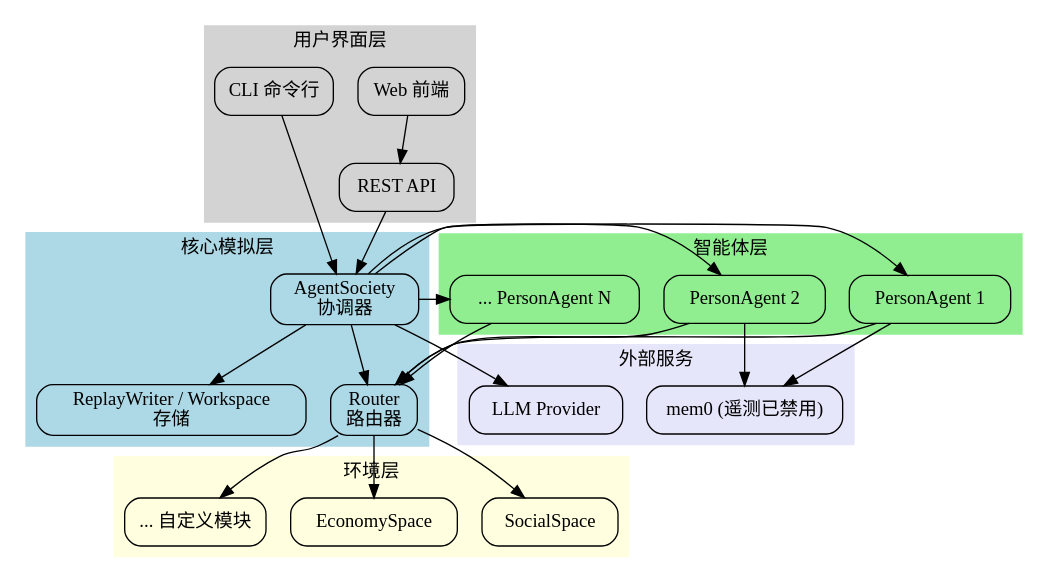
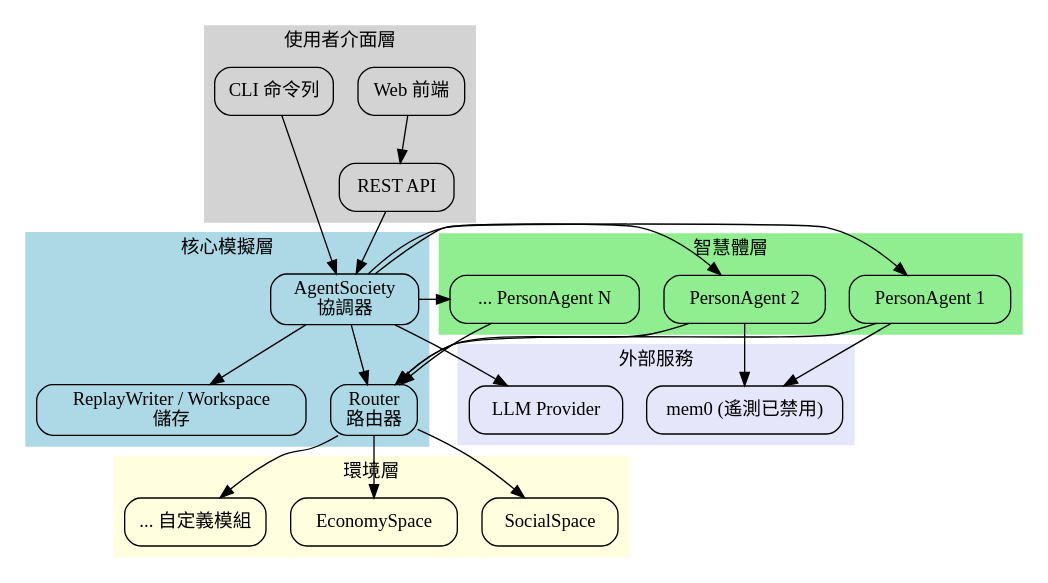
The second of 4 diagrams in agentsociety/packages/agentsociety2/docs/concepts.rst (HandsomeGod0516/HellowGodWorld), drawn with Graphviz before and after one commit. The commit also changed other lines of this file and 654 other files, not shown here.

```diff
--- a/agentsociety/packages/agentsociety2/docs/concepts.rst
+++ b/agentsociety/packages/agentsociety2/docs/concepts.rst
@@ -34,73 +34,73 @@
 .. graphviz::
 
    digraph full_architecture {
        rankdir=TB;
        node [shape=box, style=rounded];
        edge [fontsize=10];
 
        subgraph cluster_ui {
-           label = "用户界面层";
+           label = "使用者介面層";
            style=filled;
            color=lightgrey;
-           CLI [label="CLI 命令行"];
+           CLI [label="CLI 命令列"];
            WebUI [label="Web 前端"];
            API [label="REST API"];
        }
 
        subgraph cluster_core {
-           label = "核心模拟层";
+           label = "核心模擬層";
            style=filled;
            color=lightblue;
-           Society [label="AgentSociety\n协调器"];
+           Society [label="AgentSociety\n協調器"];
            Router [label="Router\n路由器"];
-           Storage [label="ReplayWriter / Workspace\n存储"];
+           Storage [label="ReplayWriter / Workspace\n儲存"];
        }
 
        subgraph cluster_agents {
-           label = "智能体层";
+           label = "智慧體層";
            style=filled;
            color=lightgreen;
            Agent1 [label="PersonAgent 1"];
            Agent2 [label="PersonAgent 2"];
            AgentN [label="... PersonAgent N"];
        }
 
        subgraph cluster_env {
-           label = "环境层";
+           label = "環境層";
            style=filled;
            color=lightyellow;
            Env1 [label="SocialSpace"];
            Env2 [label="EconomySpace"];
-           EnvN [label="... 自定义模块"];
+           EnvN [label="... 自定義模組"];
        }
 
        subgraph cluster_external {
-           label = "外部服务";
+           label = "外部服務";
            style=filled;
            color=lavender;
            LLM [label="LLM Provider"];
-           Memory [label="mem0 (遥测已禁用)"];
+           Memory [label="mem0 (遙測已禁用)"];
        }
 
        CLI -> Society;
        WebUI -> API;
        API -> Society;
 
        Society -> Router;
        Society -> Storage;
        Society -> Agent1;
        Society -> Agent2;
        Society -> AgentN;
 
        Router -> Env1;
        Router -> Env2;
        Router -> EnvN;
 
        Agent1 -> Router;
        Agent2 -> Router;
        AgentN -> Router;
 
        Society -> LLM;
        Agent1 -> Memory;
        Agent2 -> Memory;
    }
```
